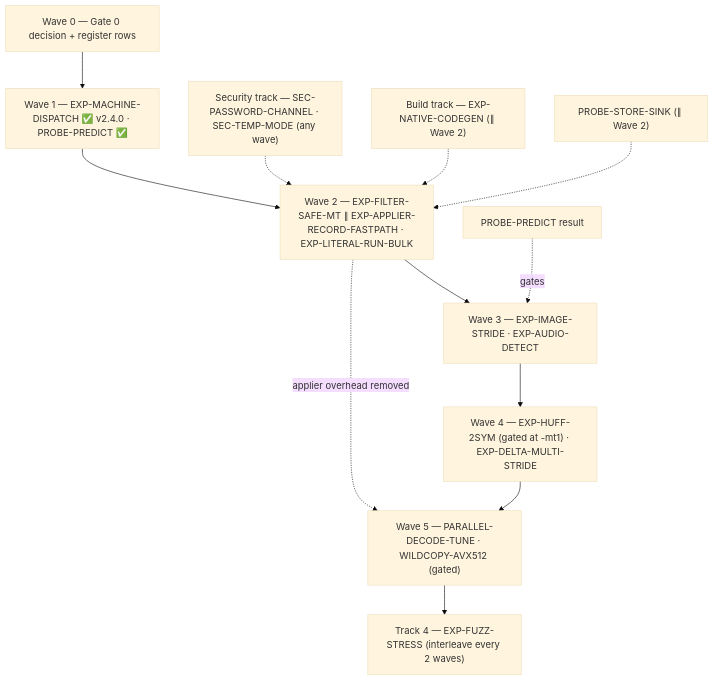
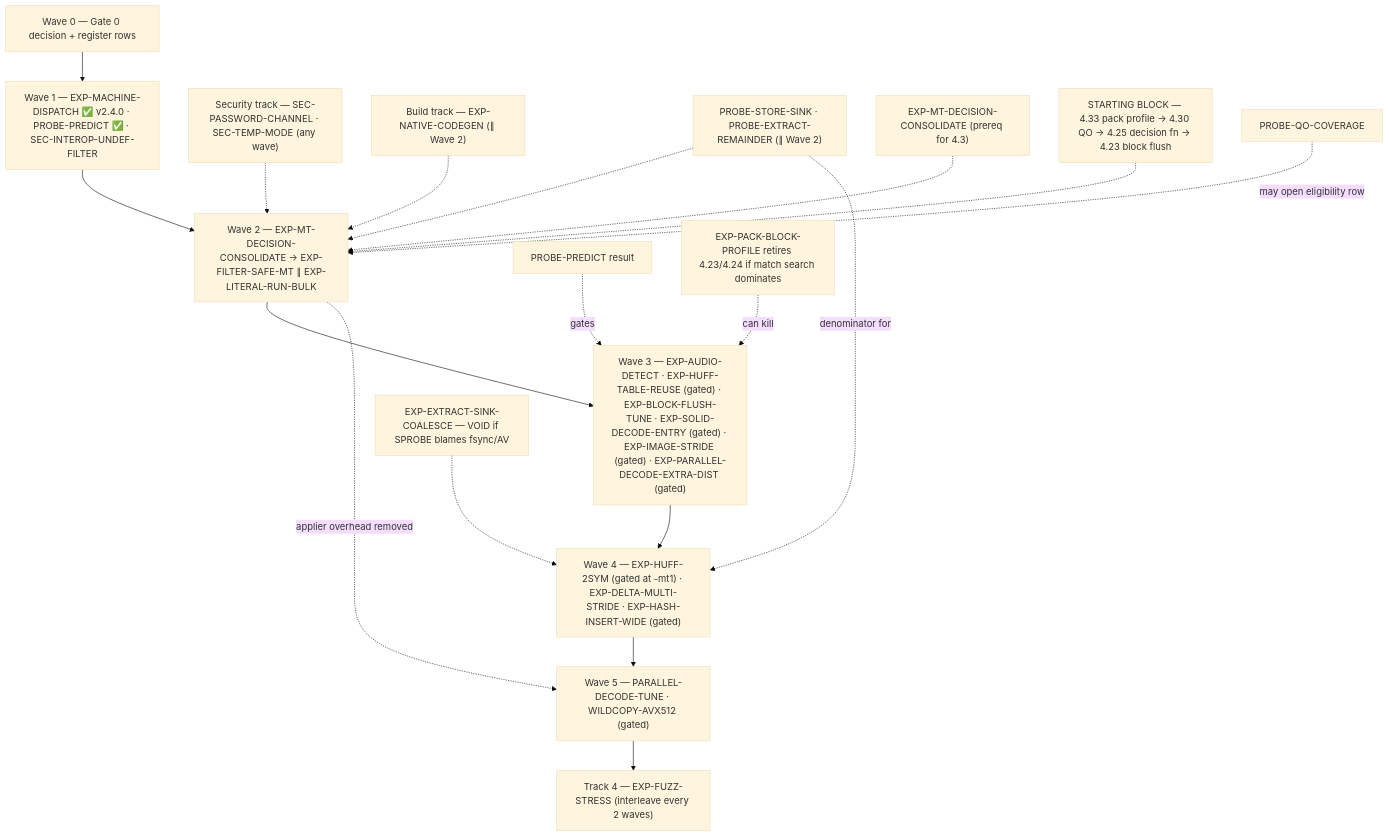
The diagram in docs/experimentation-roadmap.md (geometric-dev/openrar), drawn with Mermaid (base theme) before and after one commit. The commit also changed other lines of this file and 16 other files, not shown here.

First line of the commit message:
feat(tests): add the C9 decode-identity corpus and filter probe (rev 6)

````diff
--- a/docs/experimentation-roadmap.md
+++ b/docs/experimentation-roadmap.md
@@ -406,15 +711,21 @@
 ```mermaid
 graph TD
     W0["Wave 0 — Gate 0 decision + register rows"] --> W1
-    W1["Wave 1 — EXP-MACHINE-DISPATCH ✅ v2.4.0 · PROBE-PREDICT ✅"] --> W2
+    W1["Wave 1 — EXP-MACHINE-DISPATCH ✅ v2.4.0 · PROBE-PREDICT ✅ · SEC-INTEROP-UNDEF-FILTER"] --> W2
     SEC["Security track — SEC-PASSWORD-CHANNEL · SEC-TEMP-MODE (any wave)"] -.-> W2
     BUILD["Build track — EXP-NATIVE-CODEGEN (∥ Wave 2)"] -.-> W2
-    SPROBE["PROBE-STORE-SINK (∥ Wave 2)"] -.-> W2
-    W2["Wave 2 — EXP-FILTER-SAFE-MT ∥ EXP-APPLIER-RECORD-FASTPATH · EXP-LITERAL-RUN-BULK"] --> W3
-    W3["Wave 3 — EXP-IMAGE-STRIDE · EXP-AUDIO-DETECT"] --> W4
-    W4["Wave 4 — EXP-HUFF-2SYM (gated at -mt1) · EXP-DELTA-MULTI-STRIDE"] --> W5
+    SPROBE["PROBE-STORE-SINK · PROBE-EXTRACT-REMAINDER (∥ Wave 2)"] -.-> W2
+    CONSOL["EXP-MT-DECISION-CONSOLIDATE (prereq for 4.3)"] -.-> W2
+    BLOCK["STARTING BLOCK — 4.33 pack profile → 4.30 QO → 4.25 decision fn → 4.23 block flush"] -.-> W2
+    W2["Wave 2 — EXP-MT-DECISION-CONSOLIDATE → EXP-FILTER-SAFE-MT ∥ EXP-LITERAL-RUN-BULK"] --> W3
+    W3["Wave 3 — EXP-AUDIO-DETECT · EXP-HUFF-TABLE-REUSE (gated) · EXP-BLOCK-FLUSH-TUNE · EXP-SOLID-DECODE-ENTRY (gated) · EXP-IMAGE-STRIDE (gated) · EXP-PARALLEL-DECODE-EXTRA-DIST (gated)"] --> W4
+    W4["Wave 4 — EXP-HUFF-2SYM (gated at -mt1) · EXP-DELTA-MULTI-STRIDE · EXP-HASH-INSERT-WIDE (gated)"] --> W5
     W5["Wave 5 — PARALLEL-DECODE-TUNE · WILDCOPY-AVX512 (gated)"] --> W6
     W6["Track 4 — EXP-FUZZ-STRESS (interleave every 2 waves)"]
     PROBE["PROBE-PREDICT result"] -.->|gates| W3
     W2 -.->|applier overhead removed| W5
+    SPROBE -.->|denominator for| W4
+    COALESCE["EXP-EXTRACT-SINK-COALESCE — VOID if SPROBE blames fsync/AV"] -.-> W4
+    PPROF["EXP-PACK-BLOCK-PROFILE retires 4.23/4.24 if match search dominates"] -.->|can kill| W3
+    QO["PROBE-QO-COVERAGE"] -.->|may open eligibility row| W2
 ```
````
